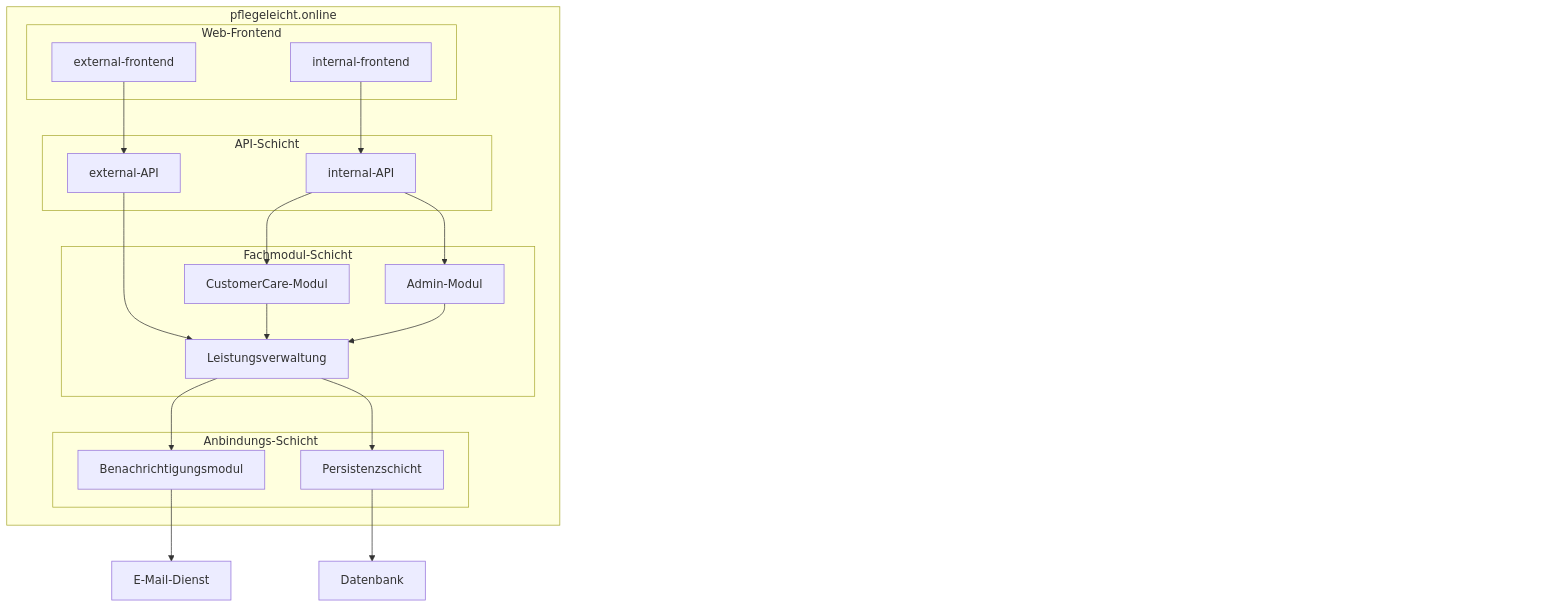
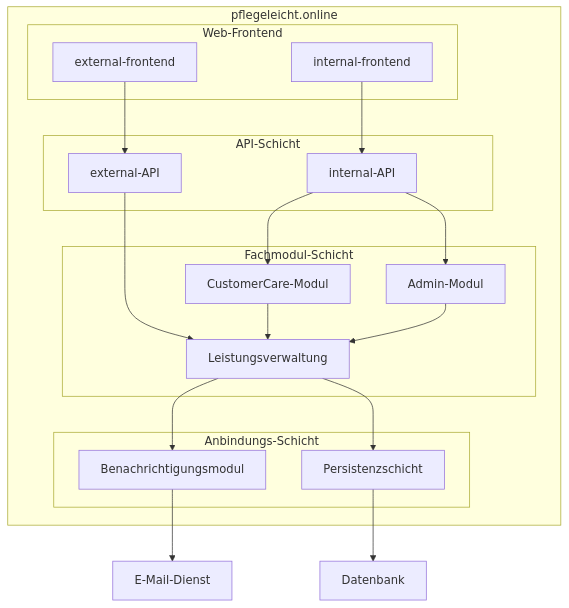
Before and after one commit to jomatotu/pflegeleicht: the diagram in documentation/architecture/bausteinsicht.md, drawn with Mermaid. The commit also changed other lines of this file and 4 other files, not shown here.

Commit message:
Refine architecture documentation by correcting typographical errors and improving clarity in multiple sections. Updates include adjustments to terminology in 'Bausteinsicht', 'Laufzeitsicht', and 'Lösungsstrategie', ensuring consistent use of language throughout the documents.

````diff
--- a/documentation/architecture/bausteinsicht.md
+++ b/documentation/architecture/bausteinsicht.md
@@ -7,48 +7,40 @@
 ```mermaid
 flowchart TB
     subgraph system["pflegeleicht.online"]
         subgraph layer1["Web-Frontend"]
             web-extern["external-frontend"]
             web-intern["internal-frontend"]
         end
 
         subgraph layer2["API-Schicht"]
             service-extern["external-API"]
             service-intern["internal-API"]
         end
 
         subgraph layer3["Fachmodul-Schicht"]
             leistung["Leistungsverwaltung"]
             admin["Admin-Modul"]
             customercare["CustomerCare-Modul"]
         end
 
         subgraph layer4["Anbindungs-Schicht"]
             notify["Benachrichtigungsmodul"]
             repo["Persistenzschicht"]
         end
     end
 
     email["E-Mail-Dienst"]
     db["Datenbank"]
 
     web-extern --> service-extern
     web-intern --> service-intern
     service-extern --> leistung
     service-intern --> admin
     service-intern --> customercare
     customercare --> leistung
     admin --> leistung
     leistung --> notify
     leistung --> repo
     notify --> email
     repo --> db
-
-    style api-spacer fill:transparent,stroke:transparent,color:transparent
-    style api-spacer-2 fill:transparent,stroke:transparent,color:transparent
-    style api-spacer-3 fill:transparent,stroke:transparent,color:transparent
-    style layer1-pad fill:transparent,stroke:transparent,color:transparent
-    style layer2-pad fill:transparent,stroke:transparent,color:transparent
-    style layer3-pad fill:transparent,stroke:transparent,color:transparent
-    style layer4-pad fill:transparent,stroke:transparent,color:transparent
 ```
````
